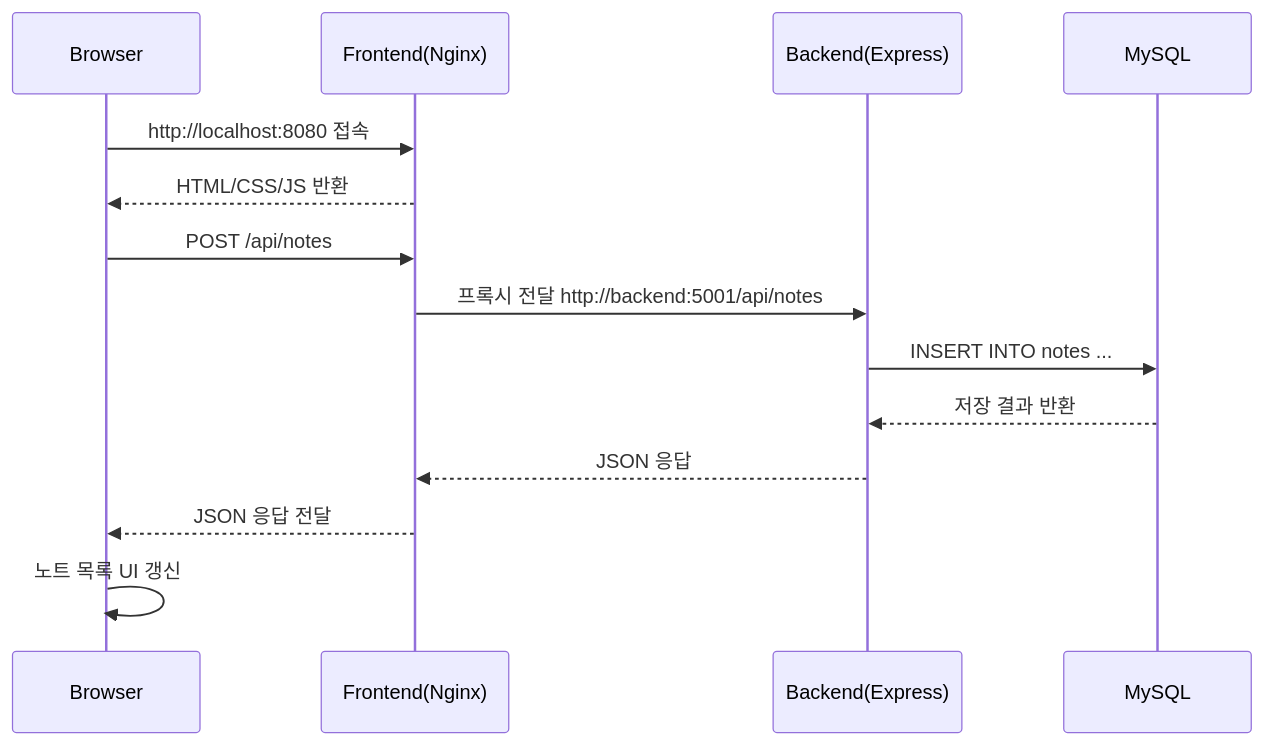
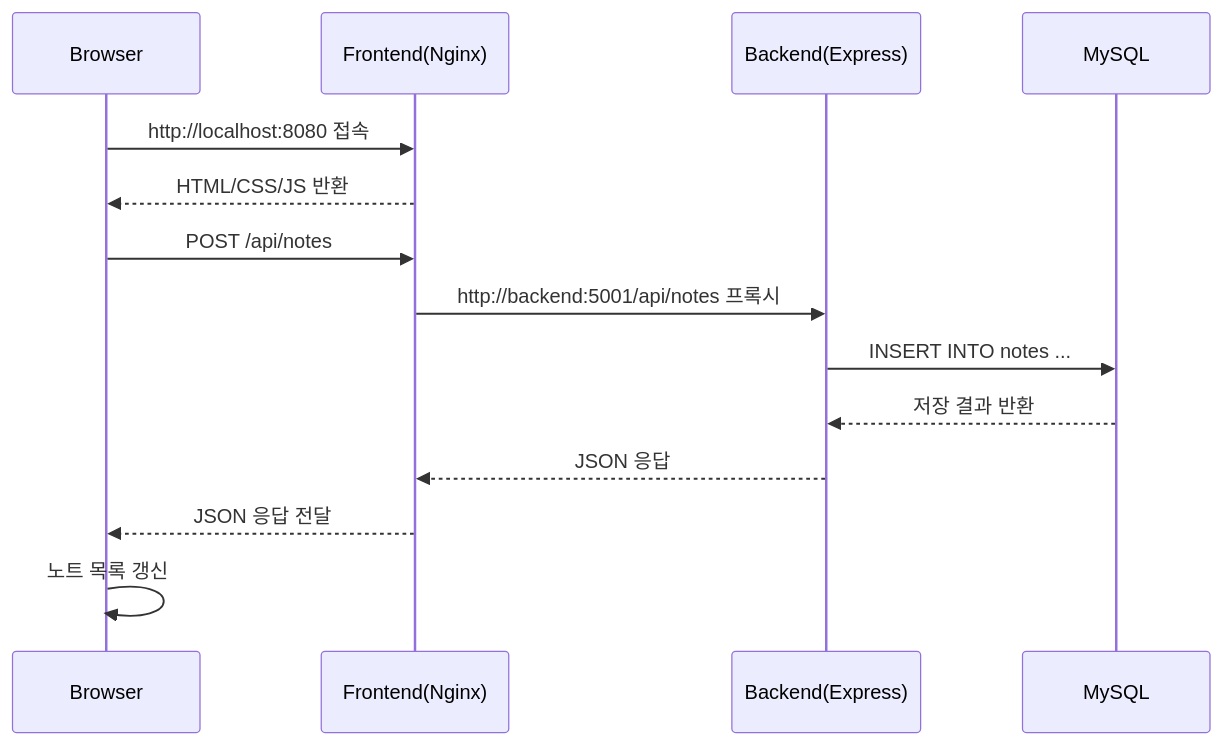
Before and after one commit to Clotilde030603/Study_Note_Manager: the second of 2 diagrams in README.md, drawn with Mermaid. The commit also changed other lines of this file and 5 other files, not shown here.

````diff
--- a/README.md
+++ b/README.md
@@ -138,17 +91,17 @@
 ```mermaid
 sequenceDiagram
     participant Browser as Browser
     participant Frontend as Frontend(Nginx)
     participant Backend as Backend(Express)
     participant DB as MySQL
 
     Browser->>Frontend: http://localhost:8080 접속
     Frontend-->>Browser: HTML/CSS/JS 반환
     Browser->>Frontend: POST /api/notes
-    Frontend->>Backend: 프록시 전달 http://backend:5001/api/notes
+    Frontend->>Backend: http://backend:5001/api/notes 프록시
     Backend->>DB: INSERT INTO notes ...
     DB-->>Backend: 저장 결과 반환
     Backend-->>Frontend: JSON 응답
     Frontend-->>Browser: JSON 응답 전달
-    Browser->>Browser: 노트 목록 UI 갱신
+    Browser->>Browser: 노트 목록 갱신
 ```
````
